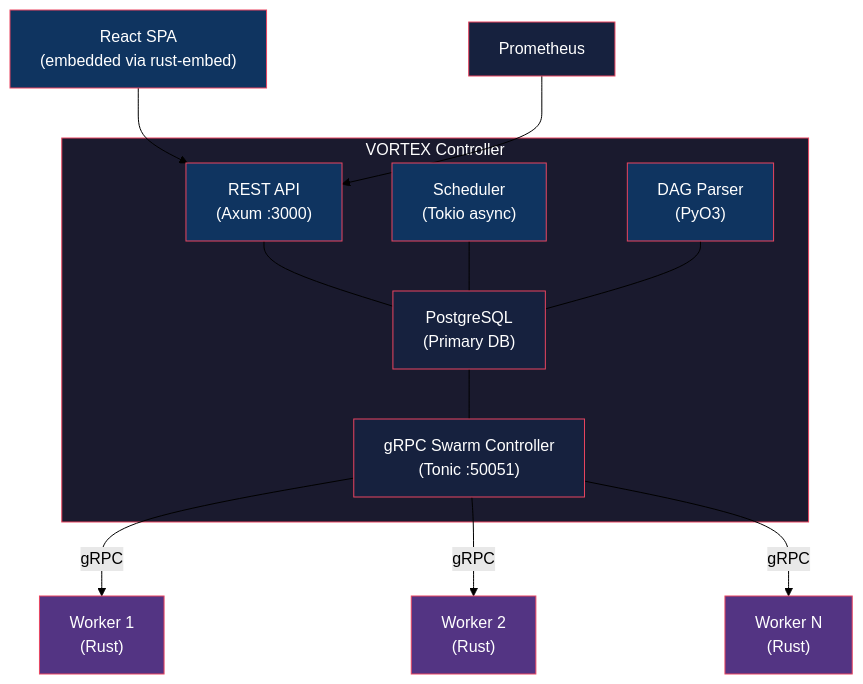
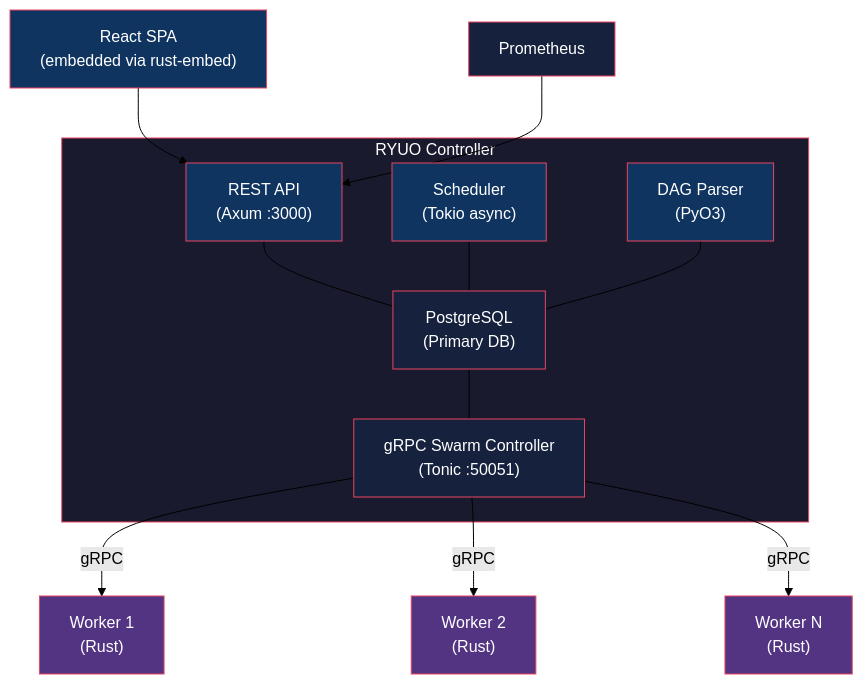
One commit to kiragawd/vortex changed the diagram in README.md. Above: the diagram before and after it, drawn with Mermaid (forest theme). The commit also changed other lines of this file and 194 other files, not shown here.

````diff
--- a/README.md
+++ b/README.md
@@ -21,32 +21,32 @@
 ```mermaid
 graph TB
-    subgraph Controller["VORTEX Controller"]
+    subgraph Controller["RYUO Controller"]
         API["REST API<br/>(Axum :3000)"]
         SCHED["Scheduler<br/>(Tokio async)"]
         PARSER["DAG Parser<br/>(PyO3)"]
         API --- DB
         SCHED --- DB
         PARSER --- DB
         DB["PostgreSQL<br/>(Primary DB)"]
         DB --- GRPC["gRPC Swarm Controller<br/>(Tonic :50051)"]
     end
 
     GRPC -- "gRPC" --> W1["Worker 1<br/>(Rust)"]
     GRPC -- "gRPC" --> W2["Worker 2<br/>(Rust)"]
     GRPC -- "gRPC" --> WN["Worker N<br/>(Rust)"]
 
     UI["React SPA<br/>(embedded via rust-embed)"] --> API
     PROM["Prometheus"] --> API
 
     style Controller fill:#1a1a2e,stroke:#e94560,color:#fff
     style API fill:#0f3460,stroke:#e94560,color:#fff
     style SCHED fill:#0f3460,stroke:#e94560,color:#fff
     style PARSER fill:#0f3460,stroke:#e94560,color:#fff
     style DB fill:#16213e,stroke:#e94560,color:#fff
     style GRPC fill:#16213e,stroke:#e94560,color:#fff
     style W1 fill:#533483,stroke:#e94560,color:#fff
     style W2 fill:#533483,stroke:#e94560,color:#fff
     style WN fill:#533483,stroke:#e94560,color:#fff
     style UI fill:#0f3460,stroke:#e94560,color:#fff
     style PROM fill:#16213e,stroke:#e94560,color:#fff
 ```
````
